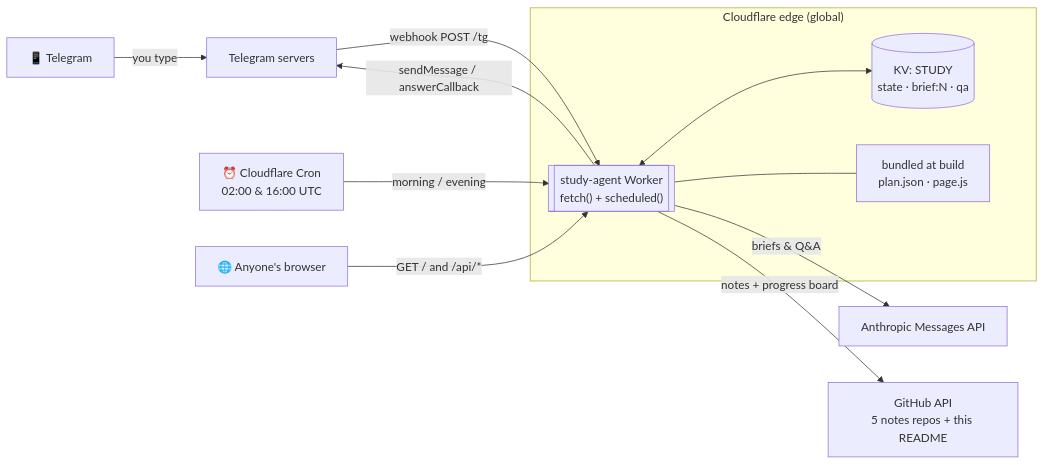
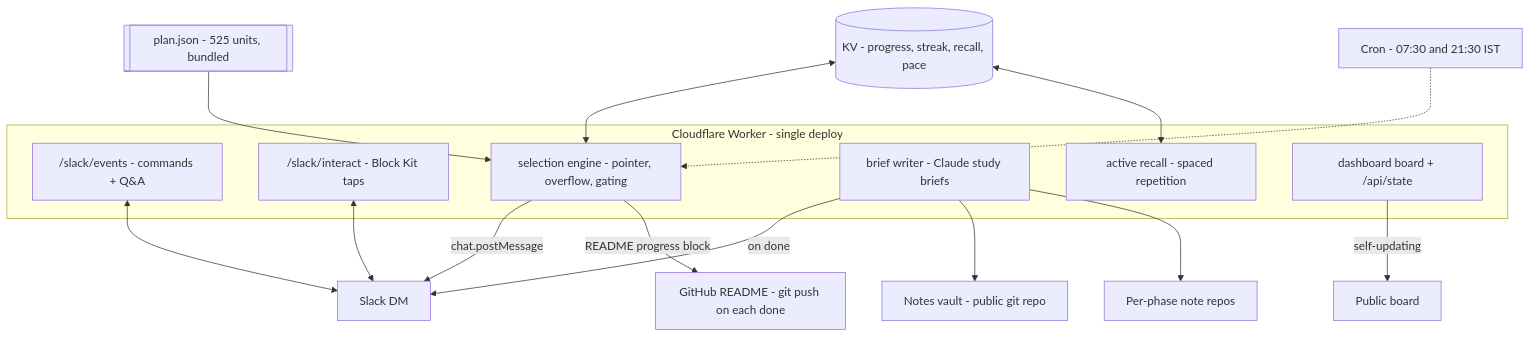
One commit to astroboy1183/study-agent changed the second of 4 diagrams in README.md. Above: the diagram before and after it, drawn with Mermaid. The commit also changed other lines of this file, not shown here.

Commit message:
Rewrite README: comprehensive architecture, Slack, active recall, adaptive pacing

````diff
--- a/README.md
+++ b/README.md
@@ -165,22 +172,26 @@
 ```mermaid
-flowchart LR
-  phone["📱 Telegram"] -->|you type| TG["Telegram servers"]
-  Cron["⏰ Cloudflare Cron<br/>02:00 &amp; 16:00 UTC"]
-  Browser["🌐 Anyone's browser"]
+flowchart TD
+    subgraph Worker["Cloudflare Worker - single deploy"]
+      WH["/slack/events - commands + Q&A"]
+      IN["/slack/interact - Block Kit taps"]
+      SEL["selection engine - pointer, overflow, gating"]
+      BRIEF["brief writer - Claude study briefs"]
+      RECALL["active recall - spaced repetition"]
+      BOARD["dashboard board + /api/state"]
+    end
 
-  subgraph Edge["Cloudflare edge (global)"]
-    W[["study-agent Worker<br/>fetch() + scheduled()"]]
-    KV[("KV: STUDY<br/>state · brief:N · qa")]
-    Bundle["bundled at build<br/>plan.json · page.js"]
-    W <--> KV
-    W --- Bundle
-  end
+    PLAN[["plan.json - 525 units, bundled"]] --> SEL
+    KV[("KV - progress, streak, recall, pace")] <--> SEL
+    KV <--> RECALL
 
-  TG -->|"webhook POST /tg"| W
-  Cron -->|"morning / evening"| W
-  Browser -->|"GET / and /api/*"| W
+    CRON["Cron - 07:30 and 21:30 IST"] -.-> SEL
+    SEL -->|chat.postMessage| SLACK["Slack DM"]
+    WH <--> SLACK
+    IN <--> SLACK
 
-  W -->|"briefs &amp; Q&amp;A"| ANT["Anthropic Messages API"]
-  W -->|"notes + progress board"| GH["GitHub API<br/>5 notes repos + this README"]
-  W -->|"sendMessage / answerCallback"| TG
+    BRIEF -->|on done| SLACK
+    BRIEF --> VAULT["Notes vault - public git repo"]
+    BRIEF --> REPOS["Per-phase note repos"]
+    BOARD -->|self-updating| WEB["Public board"]
+    SEL -->|README progress block| GH["GitHub README - git push on each done"]
 ```
````
